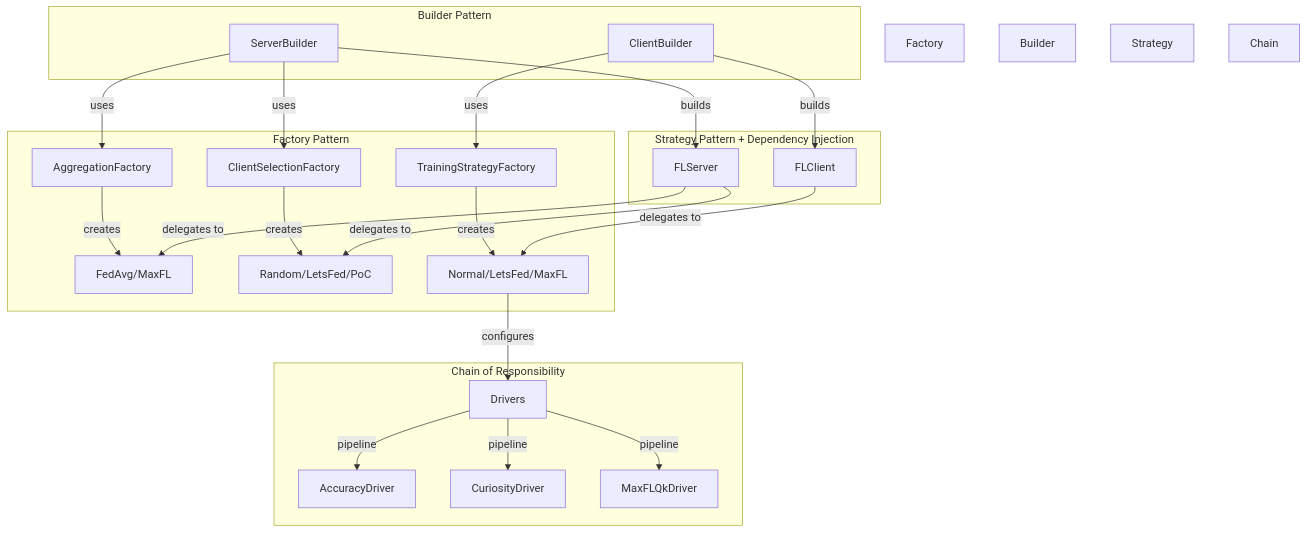
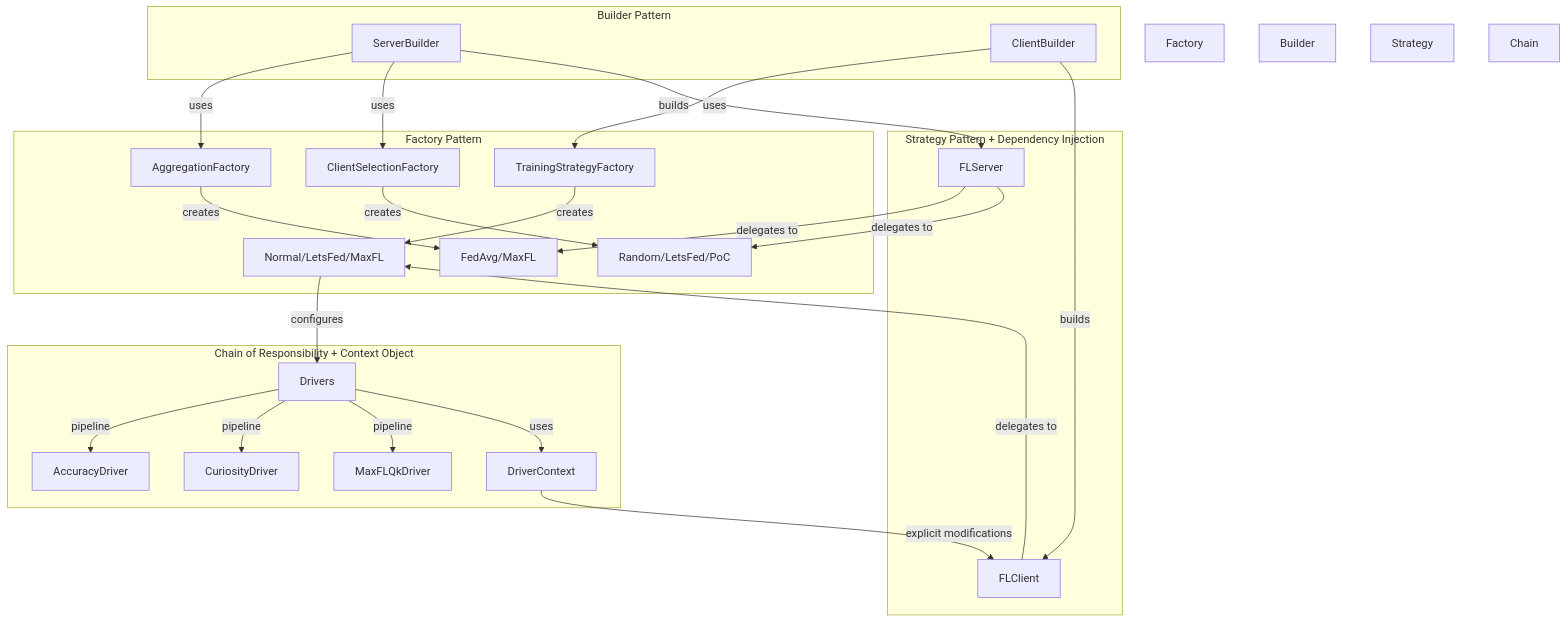
The first of 9 diagrams in README.md (rafaeloj/LetsFed), drawn with Mermaid before and after one commit. The commit also changed other lines of this file, not shown here.

````diff
--- a/README.md
+++ b/README.md
@@ -203,41 +160,43 @@
 ```mermaid
 graph TB
     subgraph "Factory Pattern"
         AF[AggregationFactory]
         CSF[ClientSelectionFactory]
         TSF[TrainingStrategyFactory]
         AF -->|creates| AGG[FedAvg/MaxFL]
         CSF -->|creates| SEL[Random/LetsFed/PoC]
         TSF -->|creates| TRN[Normal/LetsFed/MaxFL]
     end
 
     subgraph "Builder Pattern"
         SB[ServerBuilder]
         CB[ClientBuilder]
         SB -->|uses| AF
         SB -->|uses| CSF
         CB -->|uses| TSF
     end
 
     subgraph "Strategy Pattern + Dependency Injection"
         FLS[FLServer]
         FLC[FLClient]
         SB -->|builds| FLS
         CB -->|builds| FLC
         FLS -->|delegates to| AGG
         FLS -->|delegates to| SEL
         FLC -->|delegates to| TRN
     end
 
-    subgraph "Chain of Responsibility"
+    subgraph "Chain of Responsibility + Context Object"
         TRN -->|configures| DRV[Drivers]
         DRV -->|pipeline| D1[AccuracyDriver]
         DRV -->|pipeline| D2[CuriosityDriver]
         DRV -->|pipeline| D3[MaxFLQkDriver]
+        DRV -->|uses| CTX[DriverContext]
+        CTX -->|explicit modifications| FLC
     end
 
     style Factory Pattern fill:#e1f5ff
     style Builder Pattern fill:#fff4e1
     style Strategy Pattern + Dependency Injection fill:#e8f5e9
-    style Chain of Responsibility fill:#f3e5f5
+    style Chain of Responsibility + Context Object fill:#f3e5f5
 ```
````
